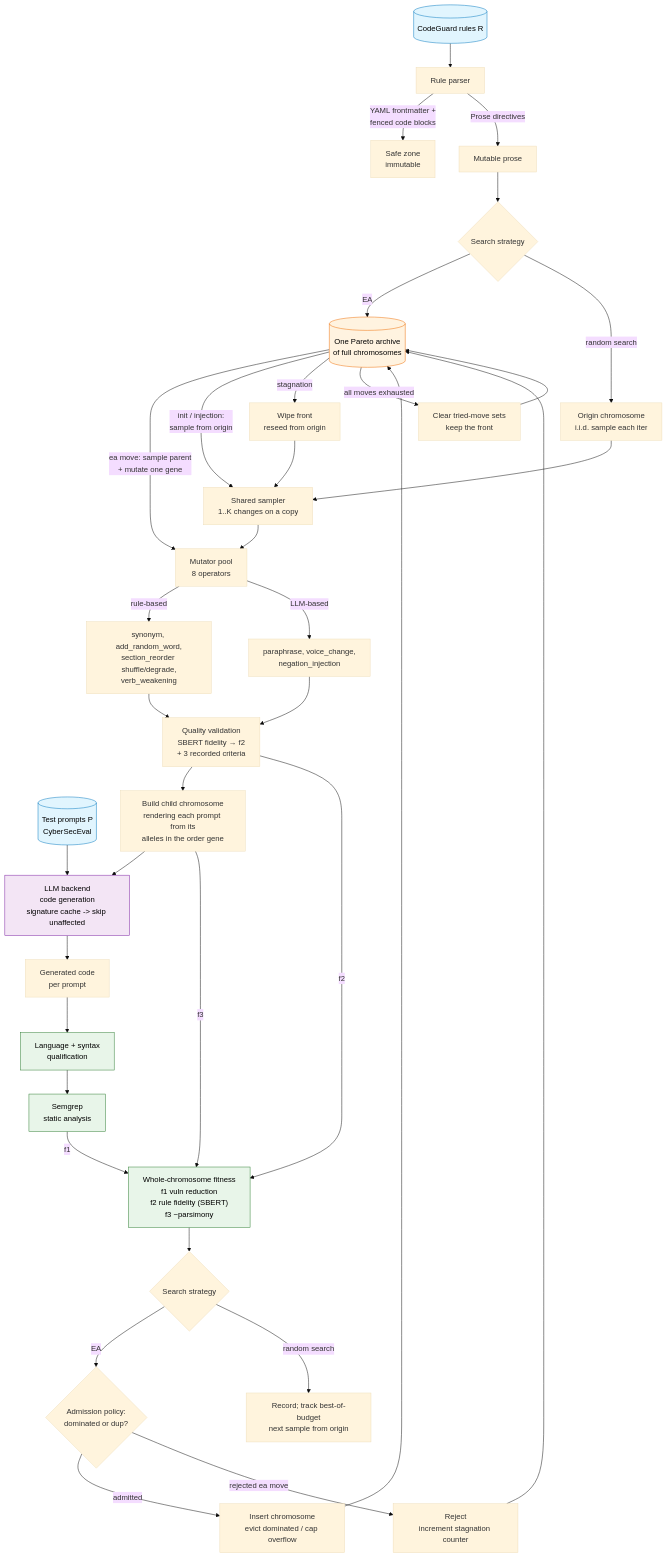
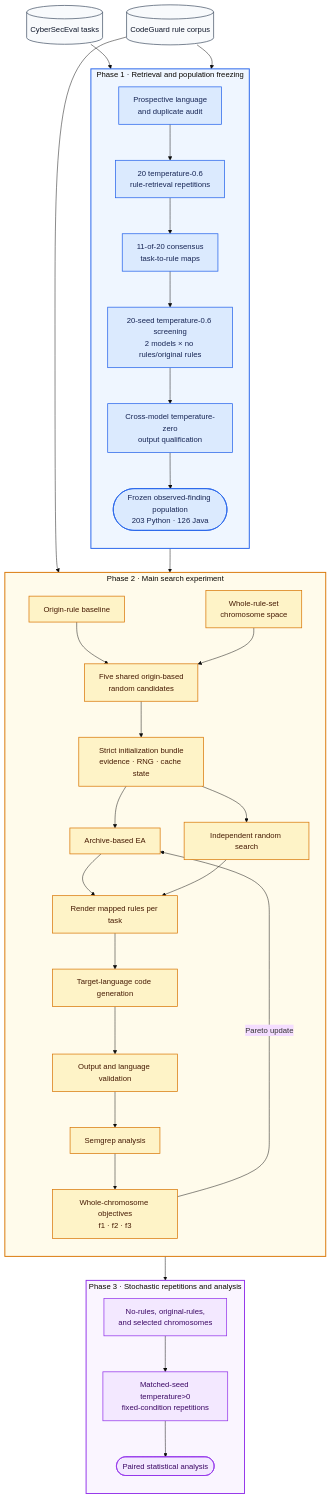
Before and after one commit to RobertoN0/rule-mutation: the diagram in ARCHITECTURE.md, drawn with Mermaid (base theme). The commit also changed other lines of this file and 4 other files, not shown here.

````diff
--- a/ARCHITECTURE.md
+++ b/ARCHITECTURE.md
@@ -21,63 +24,73 @@
 ```mermaid
 flowchart TD
-    %% ===== Inputs =====
-    R[("CodeGuard rules R")]
-    P[("Test prompts P<br/>CyberSecEval")]
+    P[(CyberSecEval tasks)]
+    R[(CodeGuard rule corpus)]
 
-    %% ===== Rule parsing / safe-zone contract =====
-    R --> RP[Rule parser]
-    RP -->|YAML frontmatter +<br/>fenced code blocks| SZ[Safe zone<br/>immutable]
-    RP -->|Prose directives| MZ[Mutable prose]
+    subgraph PHASE1["Phase 1 · Retrieval and population freezing"]
+        direction TD
+        ELIG[Prospective language<br/>and duplicate audit]
+        RET[20 temperature-0.6<br/>rule-retrieval repetitions]
+        CONS[11-of-20 consensus<br/>task-to-rule maps]
+        SCREEN[20-seed temperature-0.6 screening<br/>2 models × no rules/original rules]
+        QUAL[Cross-model temperature-zero<br/>output qualification]
+        MAPS([Frozen observed-finding population<br/>203 Python · 126 Java])
 
-    %% ===== Strategy split: how the next candidate is built =====
-    MZ --> STRAT{Search strategy}
-    STRAT -->|EA| ARC[("One Pareto archive<br/>of full chromosomes")]
-    STRAT -->|random search| ORG[Origin chromosome<br/>i.i.d. sample each iter]
-    ARC -->|ea move: sample parent<br/>+ mutate one gene| MUT[Mutator pool<br/>8 operators]
-    ARC -->|init / injection:<br/>sample from origin| SMP[Shared sampler<br/>1..K changes on a copy]
-    ORG --> SMP
-    SMP --> MUT
+        ELIG --> RET --> CONS --> SCREEN --> QUAL --> MAPS
+    end
 
-    %% ===== Mutator pool =====
-    MUT -->|rule-based| MB[synonym, add_random_word,<br/>section_reorder shuffle/degrade,<br/>verb_weakening]
-    MUT -->|LLM-based| LB[paraphrase, voice_change,<br/>negation_injection]
-    MB --> QV[Quality validation<br/>SBERT fidelity → f2<br/>+ 3 recorded criteria]
-    LB --> QV
-    QV --> ASM[Build child chromosome<br/>rendering each prompt from its<br/>alleles in the order gene]
+    P --> ELIG
+    R --> RET
 
-    %% ===== Fitness evaluation (conservative objectives) =====
-    ASM --> LLM[LLM backend<br/>code generation<br/>signature cache -> skip unaffected]
-    P --> LLM
-    LLM --> CODE[Generated code<br/>per prompt]
-    CODE --> OV[Language + syntax<br/>qualification]
-    OV --> SG[Semgrep<br/>static analysis]
-    SG -->|f1| FIT["Whole-chromosome fitness<br/>f1 vuln reduction<br/>f2 rule fidelity (SBERT)<br/>f3 −parsimony"]
-    QV -->|f2| FIT
-    ASM -->|f3| FIT
+    subgraph PHASE2["Phase 2 · Main search experiment"]
+        direction TD
+        BASE[Origin-rule baseline]
+        SPACE[Whole-rule-set<br/>chromosome space]
+        INIT[Five shared origin-based<br/>random candidates]
+        BUNDLE[Strict initialization bundle<br/>evidence · RNG · cache state]
+        EA[Archive-based EA]
+        RAND[Independent random search]
+        EVAL[Render mapped rules per task]
+        GEN[Target-language code generation]
+        OUT[Output and language validation]
+        SG[Semgrep analysis]
+        FIT[Whole-chromosome objectives<br/>f1 · f2 · f3]
 
-    %% ===== Acceptance: strategy-dependent =====
-    FIT --> ACC{Search strategy}
-    ACC -->|EA| TA{Admission policy:<br/>dominated or dup?}
-    ACC -->|random search| LOG[Record; track best-of-budget<br/>next sample from origin]
-    TA -->|admitted| INS[Insert chromosome<br/>evict dominated / cap overflow]
-    TA -->|rejected ea move| REJ[Reject<br/>increment stagnation counter]
-    INS --> ARC
-    REJ --> ARC
+        BASE --> INIT
+        SPACE --> INIT
+        INIT --> BUNDLE
+        BUNDLE --> EA
+        BUNDLE --> RAND
+        EA --> EVAL
+        RAND --> EVAL
+        EVAL --> GEN --> OUT --> SG --> FIT
+        FIT -->|Pareto update| EA
+    end
 
-    %% ===== Restart (EA only): stagnation wipes+reseeds; exhaustion only re-opens =====
-    ARC -->|stagnation| RST[Wipe front<br/>reseed from origin]
-    RST --> SMP
-    ARC -->|all moves exhausted| ROP[Clear tried-move sets<br/>keep the front]
-    ROP --> ARC
+    MAPS --> BASE
+    R --> SPACE
 
-    %% ===== Styling =====
-    classDef input fill:#e1f5fe,stroke:#0277bd,color:#000
-    classDef archive fill:#fff3e0,stroke:#ef6c00,color:#000
-    classDef llm fill:#f3e5f5,stroke:#7b1fa2,color:#000
-    classDef metric fill:#e8f5e9,stroke:#2e7d32,color:#000
+    subgraph PHASE3["Phase 3 · Stochastic repetitions and analysis"]
+        direction TD
+        SELECT[No-rules, original-rules,<br/>and selected chromosomes]
+        REP[Matched-seed temperature>0<br/>fixed-condition repetitions]
+        ANALYSIS([Paired statistical analysis])
 
-    class R,P input
-    class ARC archive
-    class LLM llm
-    class FIT,SG,OV metric
+        SELECT --> REP --> ANALYSIS
+    end
+
+    FIT --> SELECT
+
+    classDef source fill:#f8fafc,stroke:#475569,color:#0f172a,stroke-width:1.5px;
+    classDef phase1 fill:#dbeafe,stroke:#2563eb,color:#172554,stroke-width:1.5px;
+    classDef phase2 fill:#fef3c7,stroke:#d97706,color:#451a03,stroke-width:1.5px;
+    classDef phase3 fill:#f3e8ff,stroke:#9333ea,color:#3b0764,stroke-width:1.5px;
+
+    class P,R source;
+    class ELIG,RET,CONS,SCREEN,QUAL,MAPS phase1;
+    class BASE,SPACE,INIT,BUNDLE,EA,RAND,EVAL,GEN,OUT,SG,FIT phase2;
+    class SELECT,REP,ANALYSIS phase3;
+
+    style PHASE1 fill:#eff6ff,stroke:#2563eb,stroke-width:2px
+    style PHASE2 fill:#fffbeb,stroke:#d97706,stroke-width:2px
+    style PHASE3 fill:#faf5ff,stroke:#9333ea,stroke-width:2px
 ```
````
